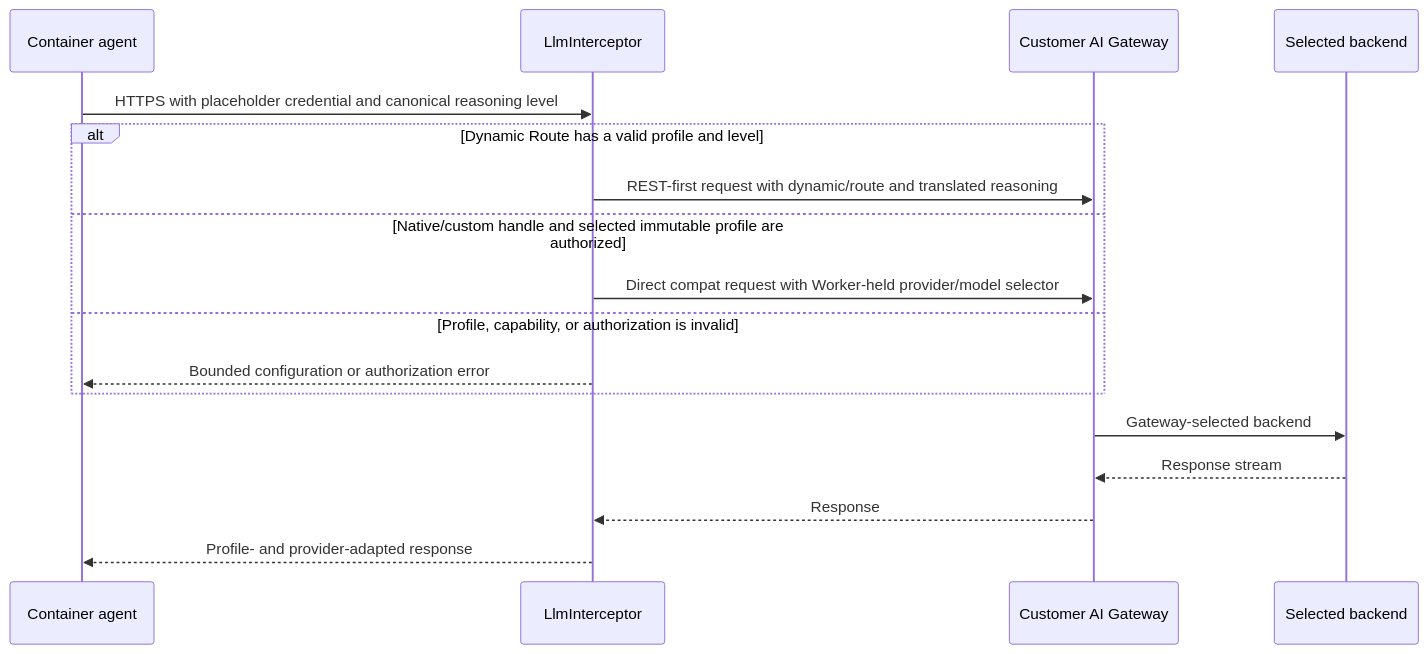
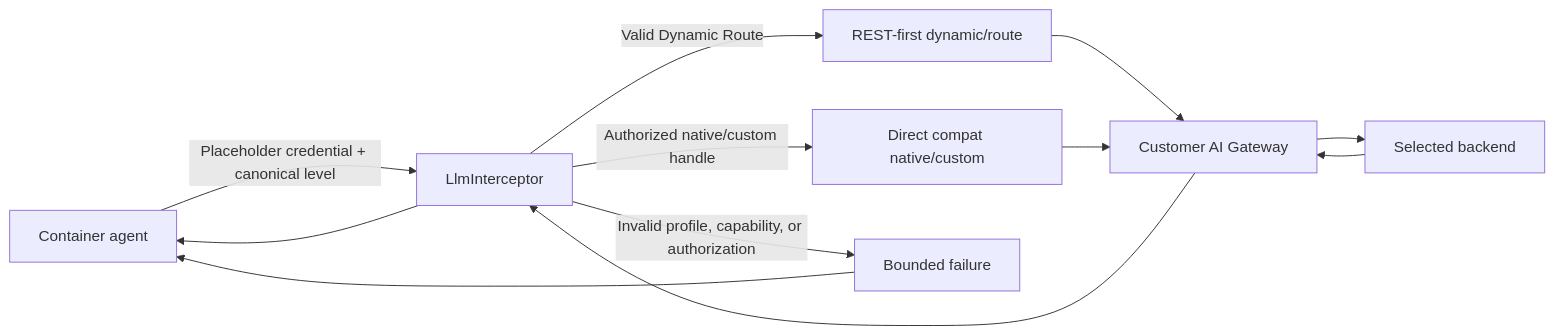
Before and after one commit to nikolanovoselec/codeflare: the eighth of 10 diagrams in documentation/lanes/architecture.md, drawn with Mermaid. The commit also changed other lines of this file and 6 other files, not shown here.

Commit message:
fix: align native provider review evidence

````diff
--- a/documentation/lanes/architecture.md
+++ b/documentation/lanes/architecture.md
@@ -583,19 +583,14 @@
 ```mermaid
-sequenceDiagram
-    participant C as Container agent
-    participant I as LlmInterceptor
-    participant G as Customer AI Gateway
-    participant P as Selected backend
-    C->>I: HTTPS with placeholder credential and canonical reasoning level
-    alt Dynamic Route has a valid profile and level
-        I->>G: REST-first request with dynamic/route and translated reasoning
-    else Native/custom handle and selected immutable profile are authorized
-        I->>G: Direct compat request with Worker-held provider/model selector
-    else Profile, capability, or authorization is invalid
-        I-->>C: Bounded configuration or authorization error
-    end
-    G->>P: Gateway-selected backend
-    P-->>G: Response stream
-    G-->>I: Response
-    I-->>C: Profile- and provider-adapted response
+flowchart LR
+    C["Container agent"] -->|"Placeholder credential + canonical level"| I["LlmInterceptor"]
+    I -->|"Valid Dynamic Route"| D["REST-first dynamic/route"]
+    I -->|"Authorized native/custom handle"| N["Direct compat native/custom"]
+    I -->|"Invalid profile, capability, or authorization"| F["Bounded failure"]
+    F --> C
+    D --> G["Customer AI Gateway"]
+    N --> G
+    G --> P["Selected backend"]
+    P --> G
+    G --> I
+    I --> C
 ```
````
